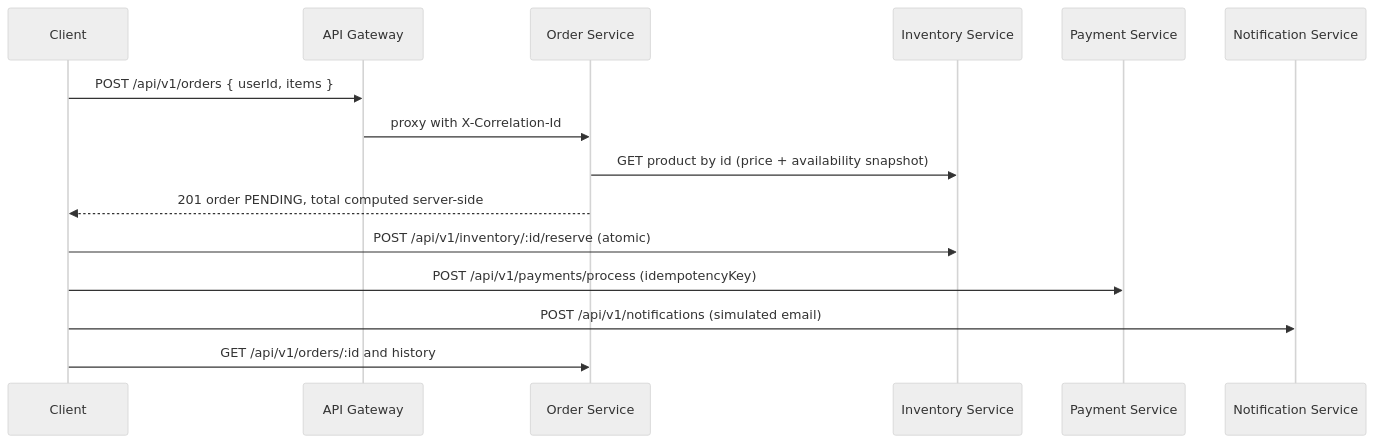
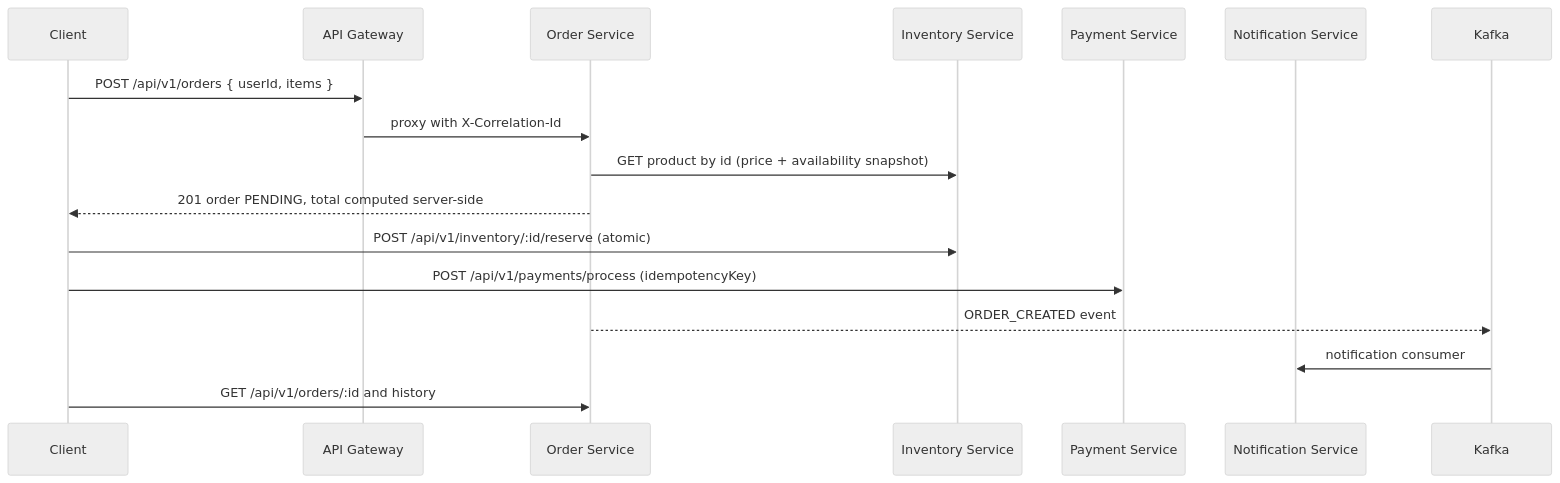
The second of 2 diagrams in README.md (kashyap801/orderflow), drawn with Mermaid (neutral theme) before and after one commit. The commit also changed other lines of this file and 8 other files, not shown here.

Commit message:
docs: add simple architecture guide and scope advanced features

````diff
--- a/README.md
+++ b/README.md
@@ -117,18 +120,20 @@
 ```mermaid
 sequenceDiagram
   participant C as Client
   participant G as API Gateway
   participant O as Order Service
   participant I as Inventory Service
   participant P as Payment Service
   participant N as Notification Service
+  participant K as Kafka
 
   C->>G: POST /api/v1/orders { userId, items }
   G->>O: proxy with X-Correlation-Id
   O->>I: GET product by id (price + availability snapshot)
   O-->>C: 201 order PENDING, total computed server-side
   C->>I: POST /api/v1/inventory/:id/reserve (atomic)
   C->>P: POST /api/v1/payments/process (idempotencyKey)
-  C->>N: POST /api/v1/notifications (simulated email)
+  O-->>K: ORDER_CREATED event
+  K->>N: notification consumer
   C->>O: GET /api/v1/orders/:id and history
 ```
````
